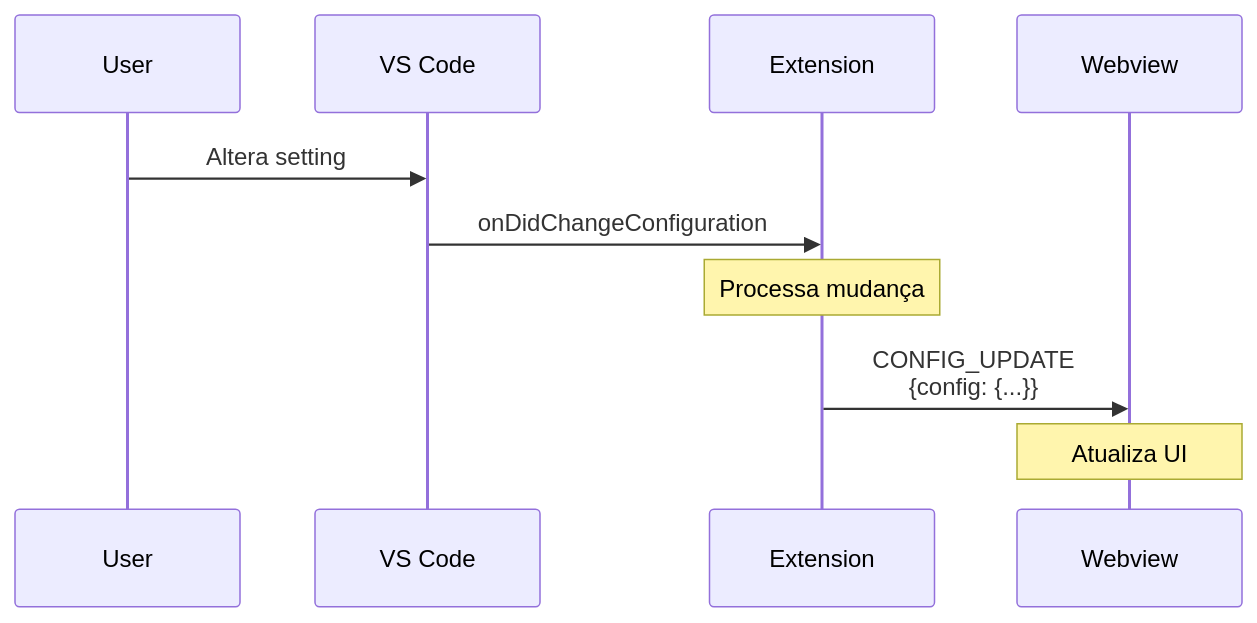
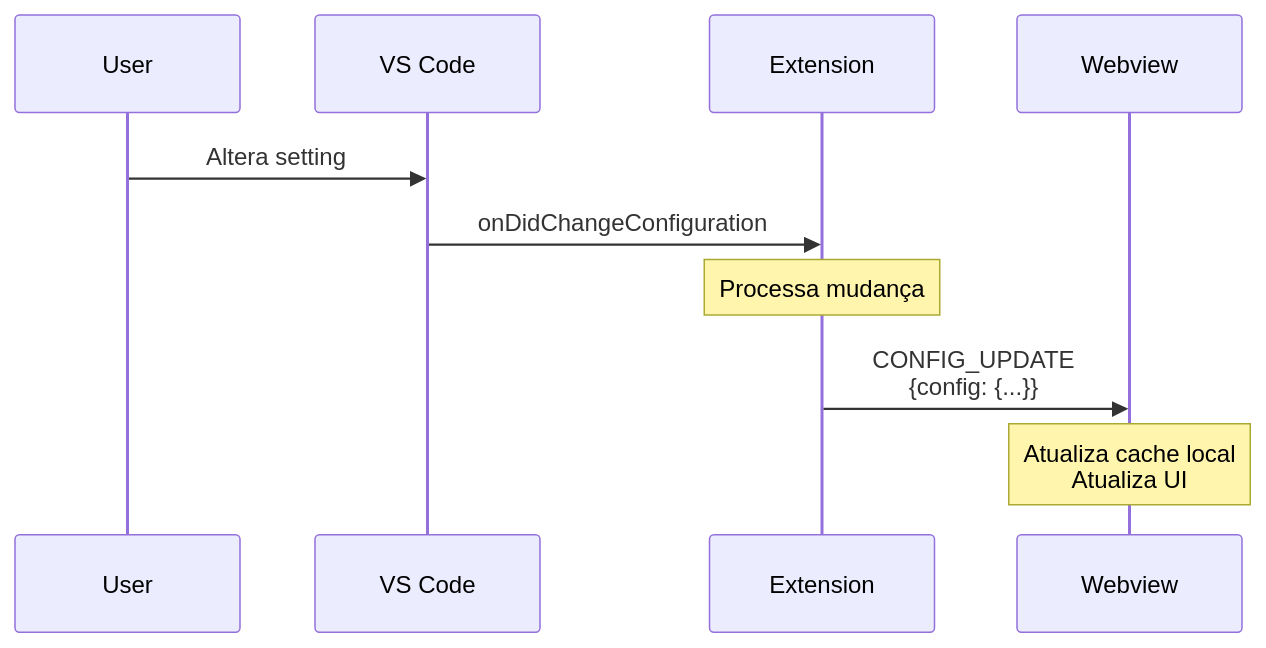
The fourth of 10 diagrams in docusaurus/docs/03-implementation/protocols/03-communication-flow.md (gugacarbo/agent-skills-manager), drawn with Mermaid before and after one commit. The commit also changed other lines of this file and 21 other files, not shown here.

````diff
--- a/docusaurus/docs/03-implementation/protocols/03-communication-flow.md
+++ b/docusaurus/docs/03-implementation/protocols/03-communication-flow.md
@@ -67,13 +69,13 @@
 ```mermaid
 sequenceDiagram
     participant U as User
     participant VS as VS Code
     participant E as Extension
     participant W as Webview
 
     U->>VS: Altera setting
     VS->>E: onDidChangeConfiguration
     Note over E: Processa mudança
     E->>W: CONFIG_UPDATE<br/>{config: {...}}
-    Note over W: Atualiza UI
+    Note over W: Atualiza cache local<br/>Atualiza UI
 ```
````
